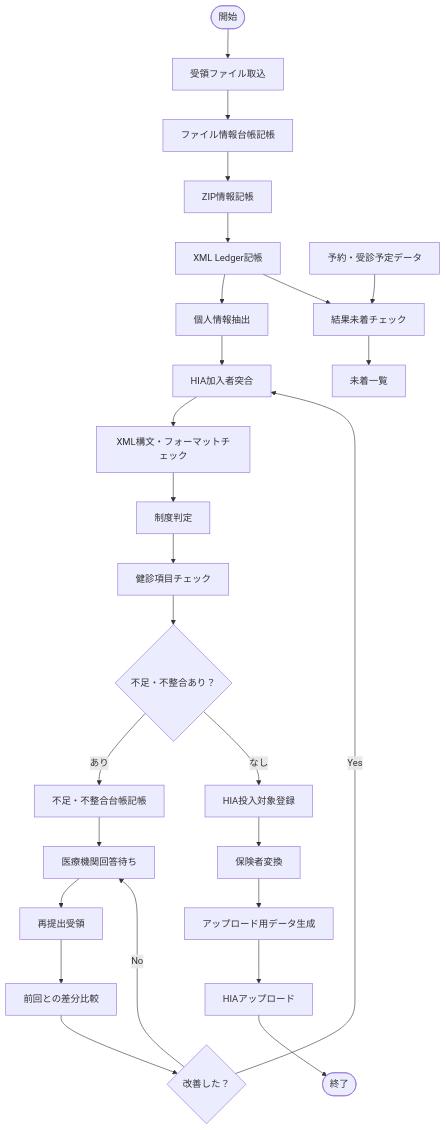
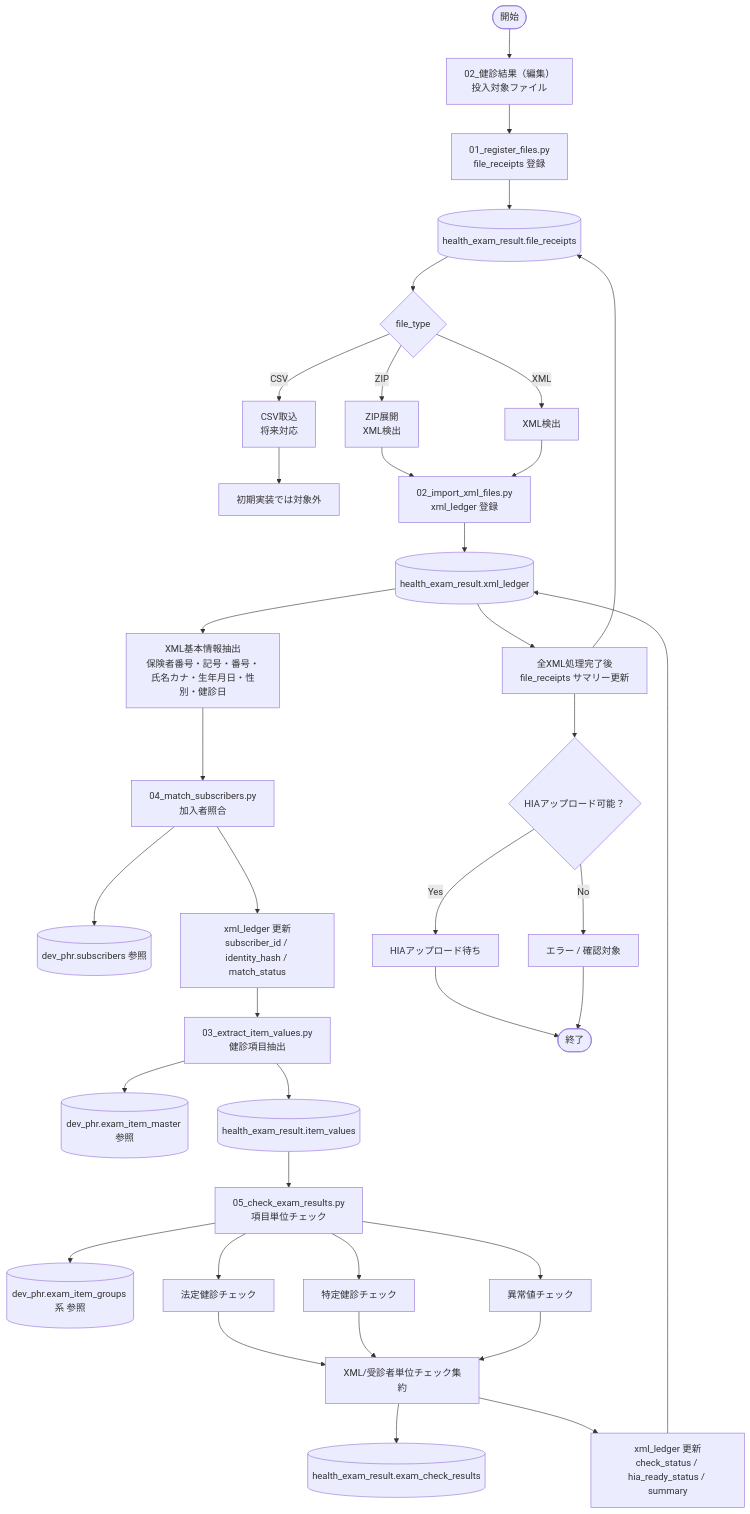
Before and after one commit to hirobuminagao/phr: the diagram in docs/refactor/health_exam_result/06_flow.md, drawn with Mermaid. The commit also changed other lines of this file and 5 other files, not shown here.

Commit message:
docs: add v2 flow and design notes

````diff
--- a/docs/refactor/health_exam_result/06_flow.md
+++ b/docs/refactor/health_exam_result/06_flow.md
@@ -3,65 +25,61 @@
 ```mermaid
 flowchart TD
 
-%% ===== 受領 =====
+%% ===== Start =====
 A([開始])
 
-A --> B[受領ファイル取込]
-B --> C[ファイル情報台帳記帳]
-C --> D[ZIP情報記帳]
-D --> E[XML Ledger記帳]
+%% ===== File receipt =====
+A --> B[02_健診結果（編集）\n投入対象ファイル]
+B --> C[01_register_files.py\nfile_receipts 登録]
+C --> C1[(health_exam_result.file_receipts)]
 
-%% ===== XML =====
+%% ===== File type branch =====
+C1 --> D{file_type}
+D -->|ZIP| E[ZIP展開\nXML検出]
+D -->|XML| F[XML検出]
+D -->|CSV| G[CSV取込\n将来対応]
+G --> G1[初期実装では対象外]
 
-E --> F[個人情報抽出]
+%% ===== XML ledger =====
+E --> H[02_import_xml_files.py\nxml_ledger 登録]
+F --> H
+H --> H1[(health_exam_result.xml_ledger)]
 
-F --> G[HIA加入者突合]
+%% ===== XML per person =====
+H1 --> I[XML基本情報抽出\n保険者番号・記号・番号・氏名カナ・生年月日・性別・健診日]
+I --> J[04_match_subscribers.py\n加入者照合]
+J --> J1[(dev_phr.subscribers 参照)]
+J --> K[xml_ledger 更新\nsubscriber_id / identity_hash / match_status]
 
-%% ===== チェック =====
+%% ===== Item extraction =====
+K --> L[03_extract_item_values.py\n健診項目抽出]
+L --> L1[(dev_phr.exam_item_master 参照)]
+L --> M[(health_exam_result.item_values)]
 
-G --> H[XML構文・フォーマットチェック]
+%% ===== Checks =====
+M --> N[05_check_exam_results.py\n項目単位チェック]
+N --> N1[(dev_phr.exam_item_groups 系 参照)]
+N --> O[法定健診チェック]
+N --> P[特定健診チェック]
+N --> Q[異常値チェック]
 
-H --> I[制度判定]
-I --> J[健診項目チェック]
+O --> R[XML/受診者単位チェック集約]
+P --> R
+Q --> R
 
-J --> K{不足・不整合あり？}
+R --> S[(health_exam_result.exam_check_results)]
+R --> T[xml_ledger 更新\ncheck_status / hia_ready_status / summary]
+T --> H1
 
-%% ===== NG =====
+%% ===== File summary =====
+H1 --> U[全XML処理完了後\nfile_receipts サマリー更新]
+U --> C1
 
-K -->|あり| L[不足・不整合台帳記帳]
+%% ===== Result =====
+U --> V{HIAアップロード可能？}
+V -->|Yes| W[HIAアップロード待ち]
+V -->|No| X[エラー / 確認対象]
 
-L --> M[医療機関回答待ち]
-
-M --> N[再提出受領]
-
-N --> O[前回との差分比較]
-
-O --> P{改善した？}
-
-P -->|Yes| G
-
-P -->|No| M
-
-%% ===== OK =====
-
-K -->|なし| Q[HIA投入対象登録]
-
-Q --> R[保険者変換]
-
-R --> S[アップロード用データ生成]
-
-S --> T[HIAアップロード]
-
-%% ===== 未着 =====
-
-U[予約・受診予定データ]
-U --> V[結果未着チェック]
-
-V --> W[未着一覧]
-
-E --> V
-
-%% ===== END =====
-
-T --> X([終了])
+W --> Y([終了])
+X --> Y
 ```
````
